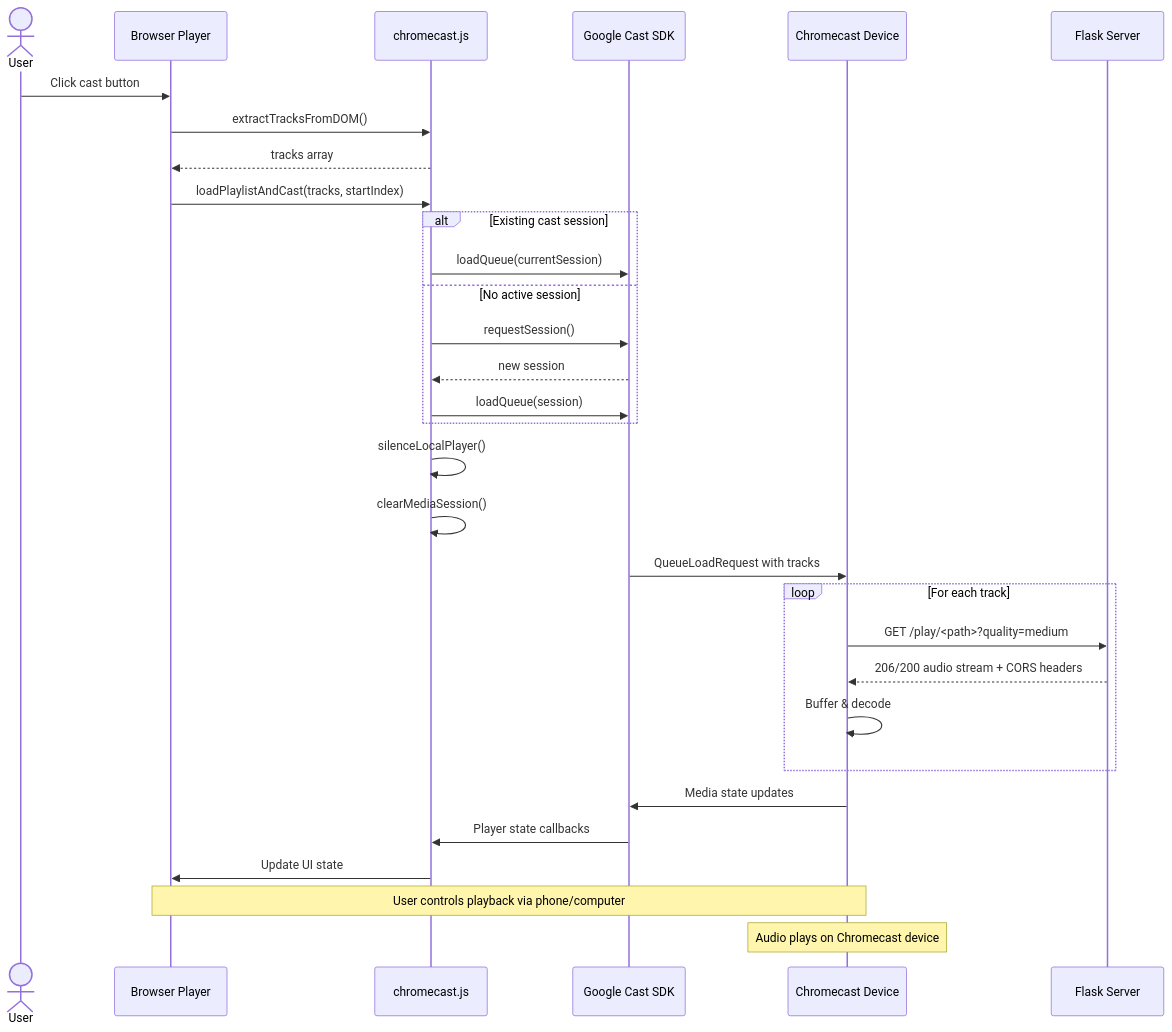
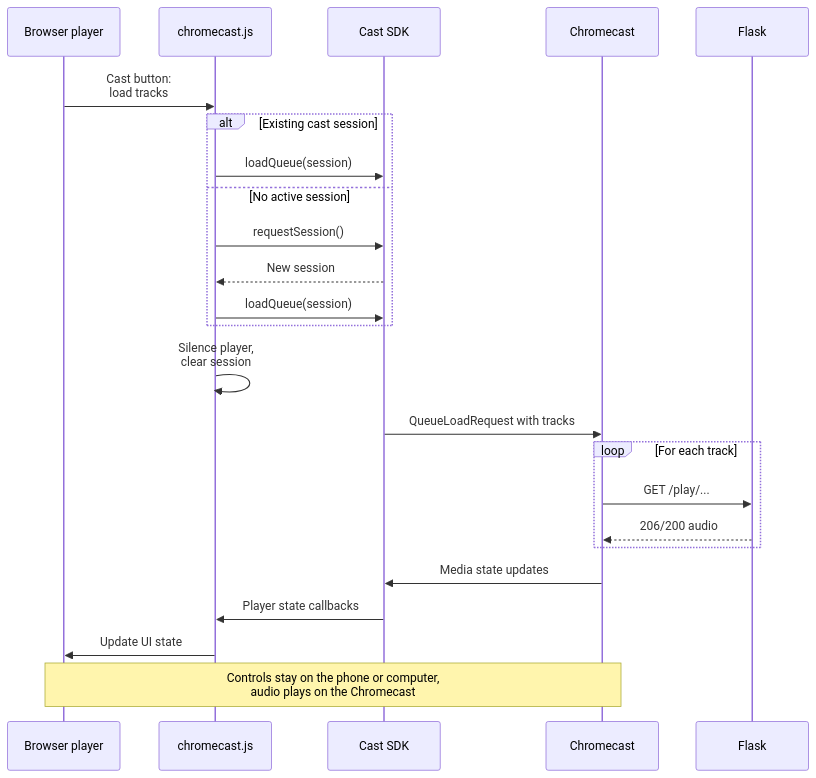
The second of 2 diagrams in docs/development/device-integration/chromecast/integration.md (mark-me/mixtape-society), drawn with Mermaid before and after one commit. The commit also changed 19 other files, not shown here.

First line of the commit message:
Simplify unreadable diagrams and correct small errors in the docs

````diff
--- a/docs/development/device-integration/chromecast/integration.md
+++ b/docs/development/device-integration/chromecast/integration.md
@@ -54,40 +54,31 @@
 ```mermaid
 sequenceDiagram
-    actor User
-    participant Browser as Browser Player
-    participant ChromecastJS as chromecast.js
-    participant CastSDK as Google Cast SDK
-    participant Receiver as Chromecast Device
-    participant Server as Flask Server
+    participant Browser as Browser player
+    participant JS as chromecast.js
+    participant SDK as Cast SDK
+    participant Device as Chromecast
+    participant Server as Flask
 
-    User->>Browser: Click cast button
-    Browser->>ChromecastJS: extractTracksFromDOM()
-    ChromecastJS-->>Browser: tracks array
-    Browser->>ChromecastJS: loadPlaylistAndCast(tracks, startIndex)
-
+    Browser->>JS: Cast button:<br/>load tracks
     alt Existing cast session
-        ChromecastJS->>CastSDK: loadQueue(currentSession)
+        JS->>SDK: loadQueue(session)
     else No active session
-        ChromecastJS->>CastSDK: requestSession()
-        CastSDK-->>ChromecastJS: new session
-        ChromecastJS->>CastSDK: loadQueue(session)
+        JS->>SDK: requestSession()
+        SDK-->>JS: New session
+        JS->>SDK: loadQueue(session)
     end
 
-    ChromecastJS->>ChromecastJS: silenceLocalPlayer()
-    ChromecastJS->>ChromecastJS: clearMediaSession()
-
-    CastSDK->>Receiver: QueueLoadRequest with tracks
+    JS->>JS: Silence player,<br/>clear session
+    SDK->>Device: QueueLoadRequest with tracks
 
     loop For each track
-        Receiver->>Server: GET /play/<path>?quality=medium
-        Server-->>Receiver: 206/200 audio stream + CORS headers
-        Receiver->>Receiver: Buffer & decode
+        Device->>Server: GET /play/...
+        Server-->>Device: 206/200 audio
     end
 
-    Receiver->>CastSDK: Media state updates
-    CastSDK->>ChromecastJS: Player state callbacks
-    ChromecastJS->>Browser: Update UI state
+    Device->>SDK: Media state updates
+    SDK->>JS: Player state callbacks
+    JS->>Browser: Update UI state
 
-    Note over Browser,Receiver: User controls playback via phone/computer
-    Note over Receiver: Audio plays on Chromecast device
+    Note over Browser,Device: Controls stay on the phone or computer,<br/>audio plays on the Chromecast
 ```
````
